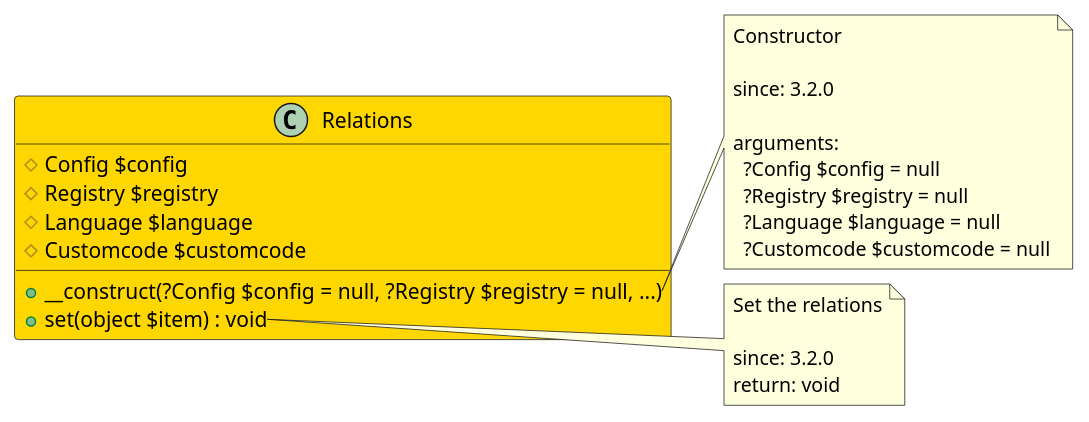
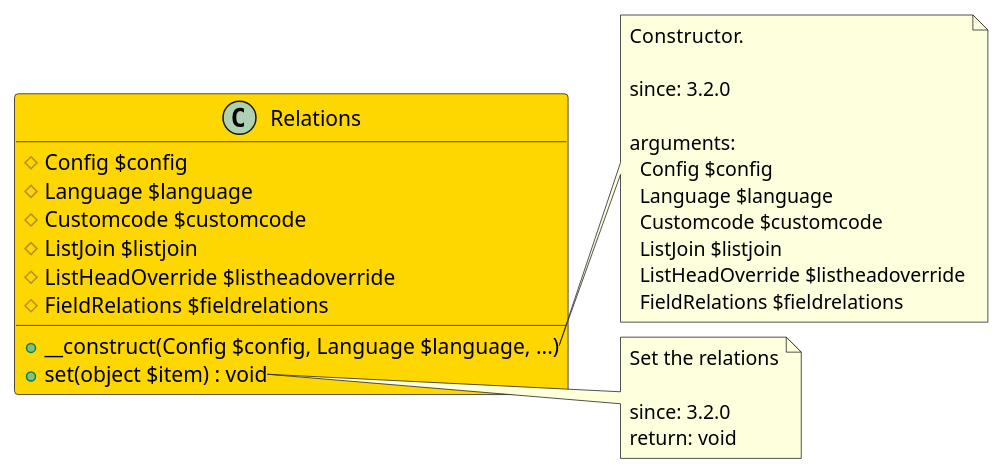
The diagram in src/a8eb2fb1-88ed-4af8-842d-898eb915b588/README.md (joomengine/jcb-compiler), drawn with PlantUML before and after one commit. The commit also changed 725 other files, not shown here.

````diff
--- a/src/a8eb2fb1-88ed-4af8-842d-898eb915b588/README.md
+++ b/src/a8eb2fb1-88ed-4af8-842d-898eb915b588/README.md
@@ -11,32 +11,36 @@
 ```uml
 @startuml
 class Relations  #Gold {
   # Config $config
-  # Registry $registry
   # Language $language
   # Customcode $customcode
-  + __construct(?Config $config = null, ?Registry $registry = null, ...)
+  # ListJoin $listjoin
+  # ListHeadOverride $listheadoverride
+  # FieldRelations $fieldrelations
+  + __construct(Config $config, Language $language, ...)
   + set(object $item) : void
 }
 
 note right of Relations::__construct
-  Constructor
+  Constructor.
 
   since: 3.2.0
   
   arguments:
-    ?Config $config = null
-    ?Registry $registry = null
-    ?Language $language = null
-    ?Customcode $customcode = null
+    Config $config
+    Language $language
+    Customcode $customcode
+    ListJoin $listjoin
+    ListHeadOverride $listheadoverride
+    FieldRelations $fieldrelations
 end note
 
 note right of Relations::set
   Set the relations
 
   since: 3.2.0
   return: void
 end note
  
 @enduml
 ```
````
